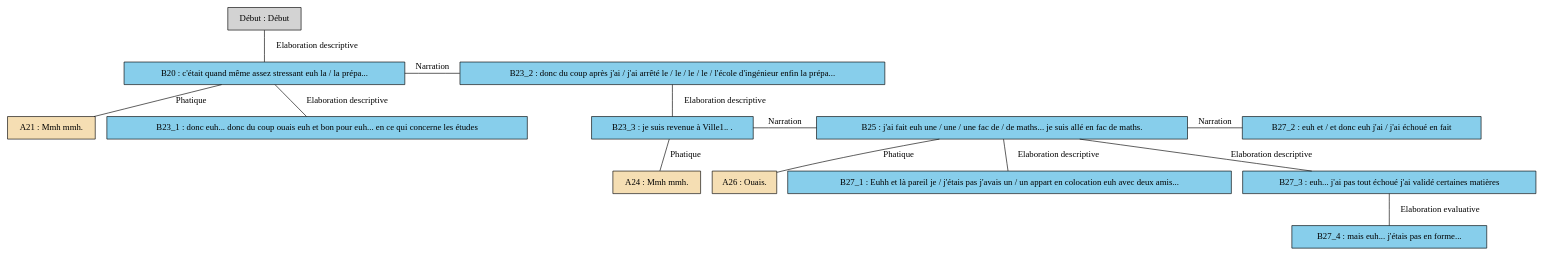
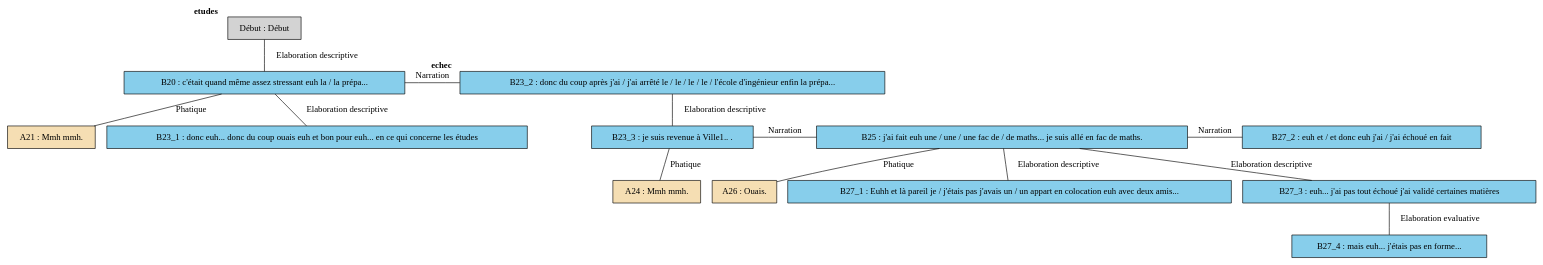
One commit to AlaixComet/AnnotationSlamPTut changed the diagram in arbres/Nord/Nord_-_C02.gv. Above: the diagram before and after it, drawn with Graphviz. The commit also changed 308 other files, not shown here.

Commit message:
arbre avec themes (ui fallait juste redémarrer mon ordi pour faire marcher graphviz :'( )

```diff
--- a/arbres/Nord/Nord_-_C02.gv
+++ b/arbres/Nord/Nord_-_C02.gv
@@ -1,43 +1,43 @@
 digraph C02 {
 	node [shape=box style=filled]
-	"Début" [label="Début : Début"]
-	B20 [label="B20 : c'était quand même assez stressant euh la / la prépa..." fillcolor=skyblue]
-	A21 [label="A21 : Mmh mmh." fillcolor=wheat]
-	B23_1 [label="B23_1 : donc euh... donc du coup ouais euh et bon pour euh... en ce qui concerne les études" fillcolor=skyblue]
-	B23_2 [label="B23_2 : donc du coup après j'ai / j'ai arrêté le / le / le / le / l'école d'ingénieur enfin la prépa..." fillcolor=skyblue]
-	B23_3 [label="B23_3 : je suis revenue à Ville1.. ." fillcolor=skyblue]
-	A24 [label="A24 : Mmh mmh." fillcolor=wheat]
-	B25 [label="B25 : j'ai fait euh une / une / une fac de / de maths... je suis allé en fac de maths." fillcolor=skyblue]
-	A26 [label="A26 : Ouais." fillcolor=wheat]
-	B27_1 [label="B27_1 : Euhh et là pareil je / j'étais pas j'avais un / un appart en colocation euh avec deux amis..." fillcolor=skyblue]
-	B27_2 [label="B27_2 : euh et / et donc euh j'ai / j'ai échoué en fait" fillcolor=skyblue]
-	B27_3 [label="B27_3 : euh... j'ai pas tout échoué j'ai validé certaines matières" fillcolor=skyblue]
-	B27_4 [label="B27_4 : mais euh... j'étais pas en forme..." fillcolor=skyblue]
+	"Début" [label="Début : Début" xlabel=<<B>etudes</B>>]
+	B20 [label="B20 : c'était quand même assez stressant euh la / la prépa..." fillcolor=skyblue xlabel=""]
+	A21 [label="A21 : Mmh mmh." fillcolor=wheat xlabel=""]
+	B23_1 [label="B23_1 : donc euh... donc du coup ouais euh et bon pour euh... en ce qui concerne les études" fillcolor=skyblue xlabel=""]
+	B23_2 [label="B23_2 : donc du coup après j'ai / j'ai arrêté le / le / le / le / l'école d'ingénieur enfin la prépa..." fillcolor=skyblue xlabel=<<B>echec</B>>]
+	B23_3 [label="B23_3 : je suis revenue à Ville1.. ." fillcolor=skyblue xlabel=""]
+	A24 [label="A24 : Mmh mmh." fillcolor=wheat xlabel=""]
+	B25 [label="B25 : j'ai fait euh une / une / une fac de / de maths... je suis allé en fac de maths." fillcolor=skyblue xlabel=""]
+	A26 [label="A26 : Ouais." fillcolor=wheat xlabel=""]
+	B27_1 [label="B27_1 : Euhh et là pareil je / j'étais pas j'avais un / un appart en colocation euh avec deux amis..." fillcolor=skyblue xlabel=""]
+	B27_2 [label="B27_2 : euh et / et donc euh j'ai / j'ai échoué en fait" fillcolor=skyblue xlabel=""]
+	B27_3 [label="B27_3 : euh... j'ai pas tout échoué j'ai validé certaines matières" fillcolor=skyblue xlabel=""]
+	B27_4 [label="B27_4 : mais euh... j'étais pas en forme..." fillcolor=skyblue xlabel=""]
 	"Début" -> B20 [label="Elaboration descriptive" dir=none]
 	B20 -> A21 [label=Phatique dir=none]
 	B20 -> B23_1 [label="Elaboration descriptive" dir=none]
 	{
 		rank=same
 		B20
 		B23_2
 		B20 -> B23_2 [label=Narration dir=none]
 	}
 	B23_2 -> B23_3 [label="Elaboration descriptive" dir=none]
 	B23_3 -> A24 [label=Phatique dir=none]
 	{
 		rank=same
 		B23_3
 		B25
 		B23_3 -> B25 [label=Narration dir=none]
 	}
 	B25 -> B27_1 [label="Elaboration descriptive" dir=none]
 	{
 		rank=same
 		B25
 		B27_2
 		B25 -> B27_2 [label=Narration dir=none]
 	}
 	B25 -> B27_3 [label="Elaboration descriptive" dir=none]
 	B25 -> A26 [label=Phatique dir=none]
 	B27_3 -> B27_4 [label="Elaboration evaluative" dir=none]
 }
```
